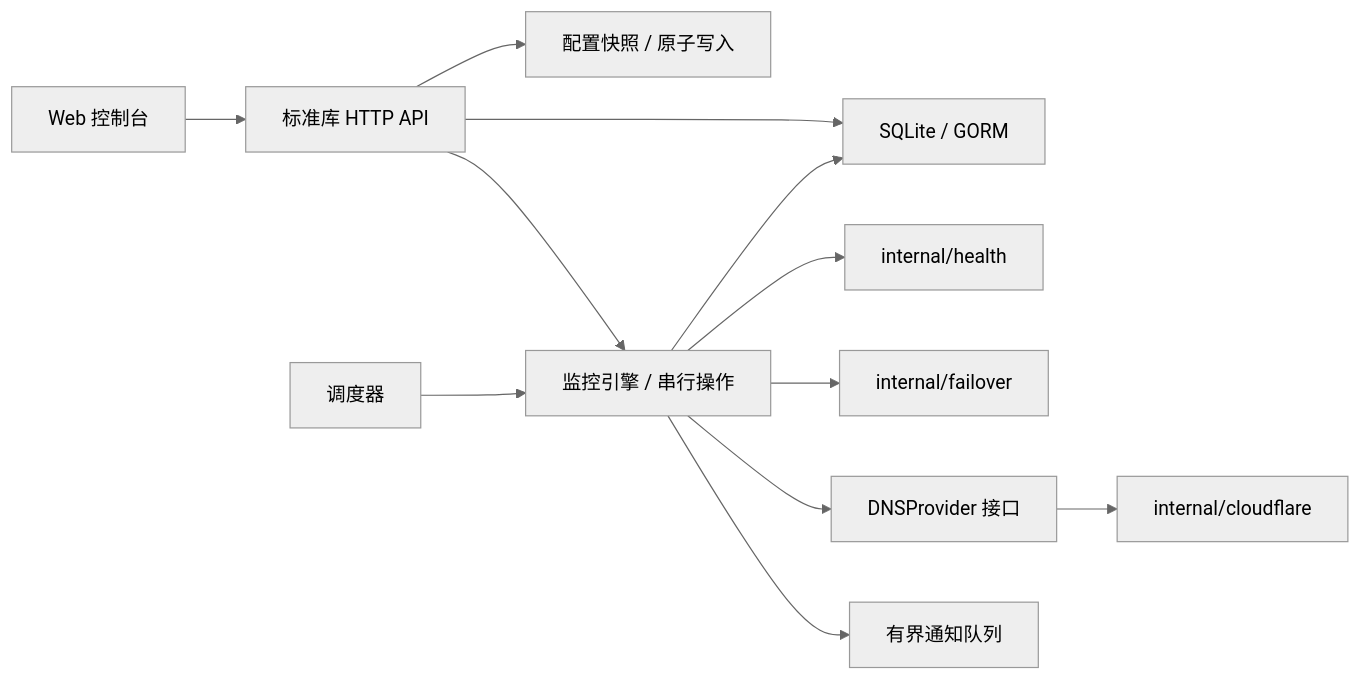
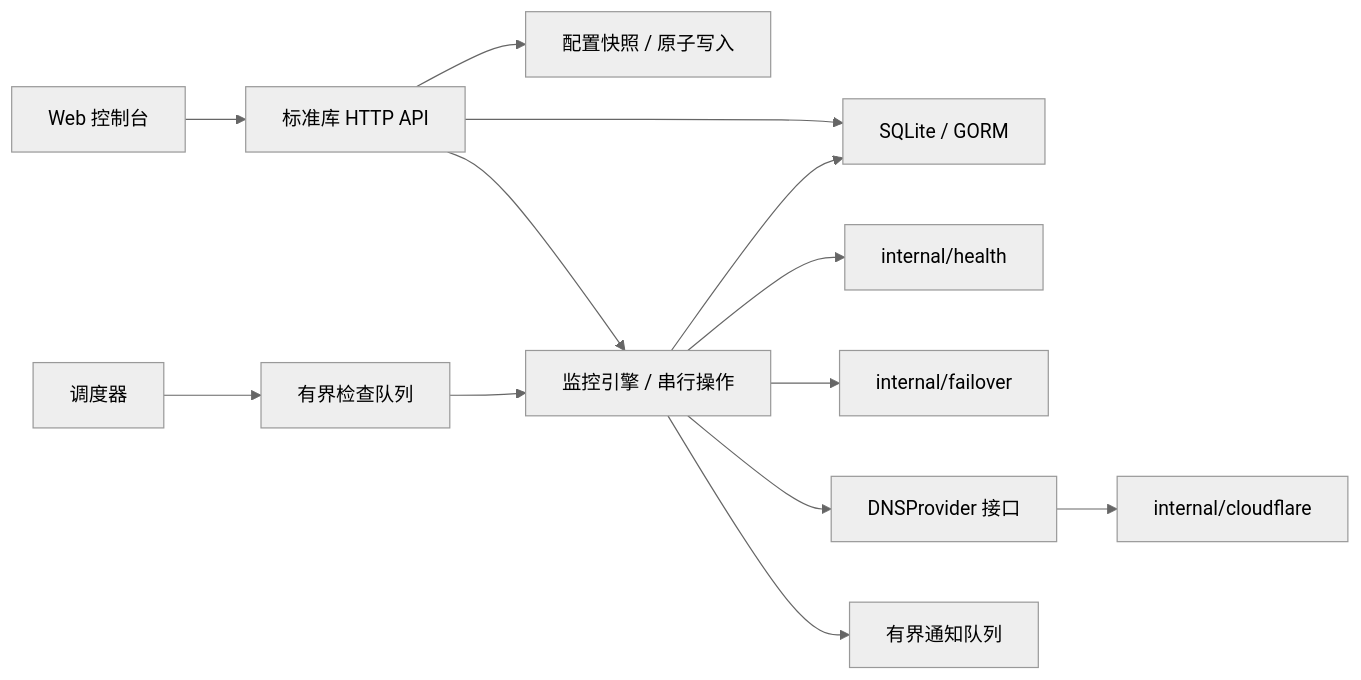
The diagram in docs/ARCHITECTURE.md (sck03/cloudflare-dns-failover), drawn with Mermaid (neutral theme) before and after one commit. The commit also changed other lines of this file and 41 other files, not shown here.

````diff
--- a/docs/ARCHITECTURE.md
+++ b/docs/ARCHITECTURE.md
@@ -5,14 +5,15 @@
 ```mermaid
 flowchart LR
     UI[Web 控制台] --> API[标准库 HTTP API]
     API --> Config[配置快照 / 原子写入]
     API --> Store[SQLite / GORM]
     API --> Engine[监控引擎 / 串行操作]
-    Cron[调度器] --> Engine
+    Cron[调度器] --> Queue[有界检查队列]
+    Queue --> Engine
     Engine --> Health[internal/health]
     Engine --> Policy[internal/failover]
     Engine --> DNS[DNSProvider 接口]
     DNS --> CF[internal/cloudflare]
     Engine --> Store
     Engine --> Notify[有界通知队列]
 ```
````
